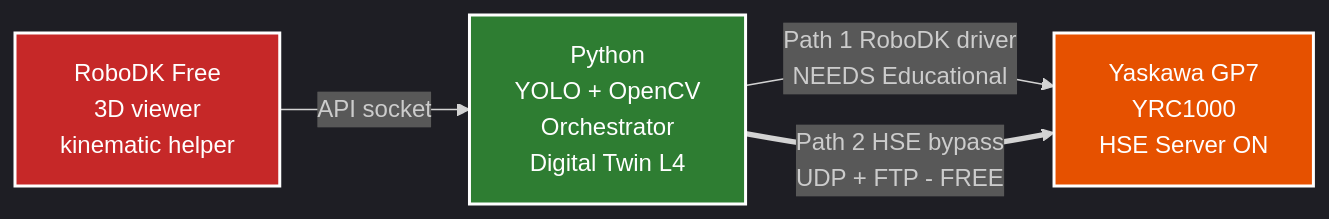
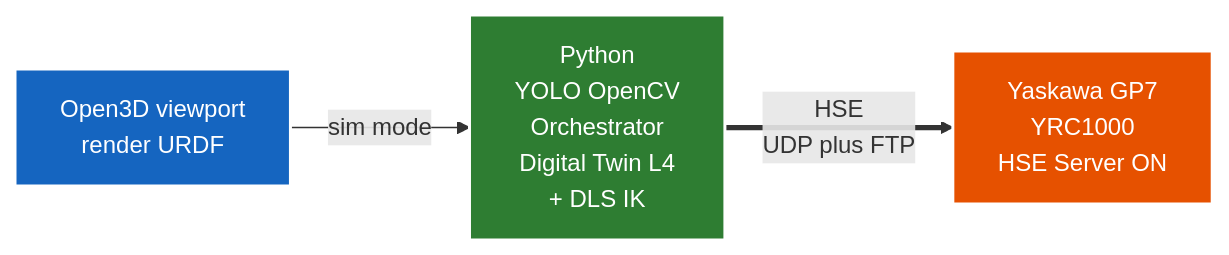
The first of 2 diagrams in README.md (manhhv87/DTwinGP7), drawn with Mermaid before and after one commit. The commit also changed other lines of this file and 54 other files, not shown here.

````diff
--- a/README.md
+++ b/README.md
@@ -26,11 +16,9 @@
 ```mermaid
-%%{init: {'theme':'dark'}}%%
 graph LR
-    A[RoboDK Free<br/>3D viewer<br/>kinematic helper] -->|API socket| B[Python<br/>YOLO + OpenCV<br/>Orchestrator<br/>Digital Twin L4]
-    B -->|Path 1 RoboDK driver<br/>NEEDS Educational| GP7
-    B ==>|Path 2 HSE bypass<br/>UDP + FTP - FREE| GP7[Yaskawa GP7<br/>YRC1000<br/>HSE Server ON]
+    A[Open3D viewport<br/>render URDF] -->|sim mode| B[Python<br/>YOLO OpenCV<br/>Orchestrator<br/>Digital Twin L4<br/>+ DLS IK]
+    B ==>|HSE<br/>UDP plus FTP| GP7[Yaskawa GP7<br/>YRC1000<br/>HSE Server ON]
 
-    style A fill:#C62828,stroke:#fff,stroke-width:2px,color:#fff
+    style A fill:#1565C0,stroke:#fff,stroke-width:2px,color:#fff
     style B fill:#2E7D32,stroke:#fff,stroke-width:2px,color:#fff
     style GP7 fill:#E65100,stroke:#fff,stroke-width:2px,color:#fff
 ```
````
